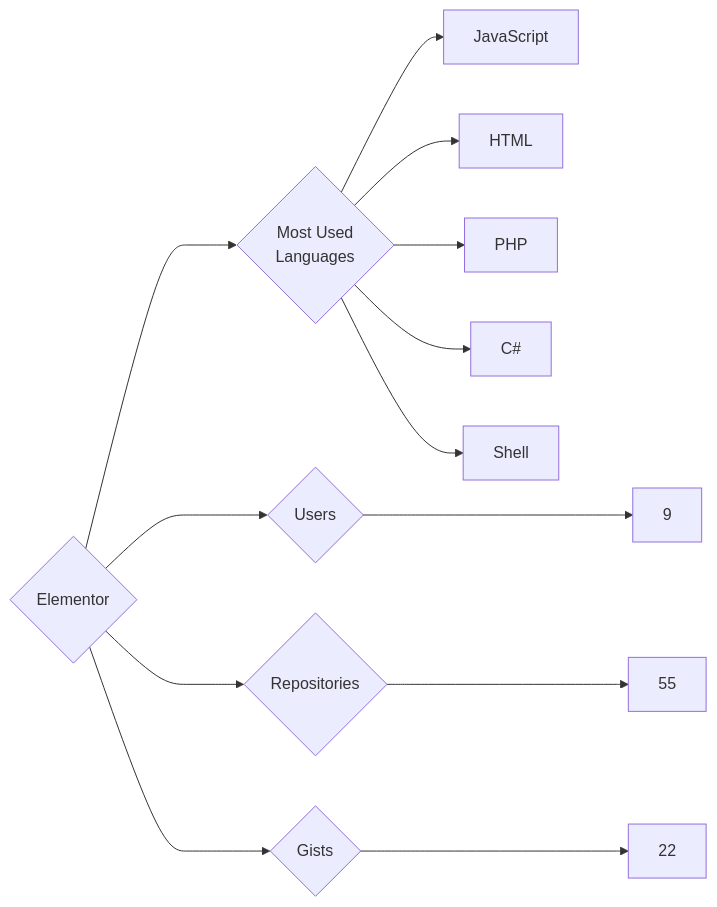
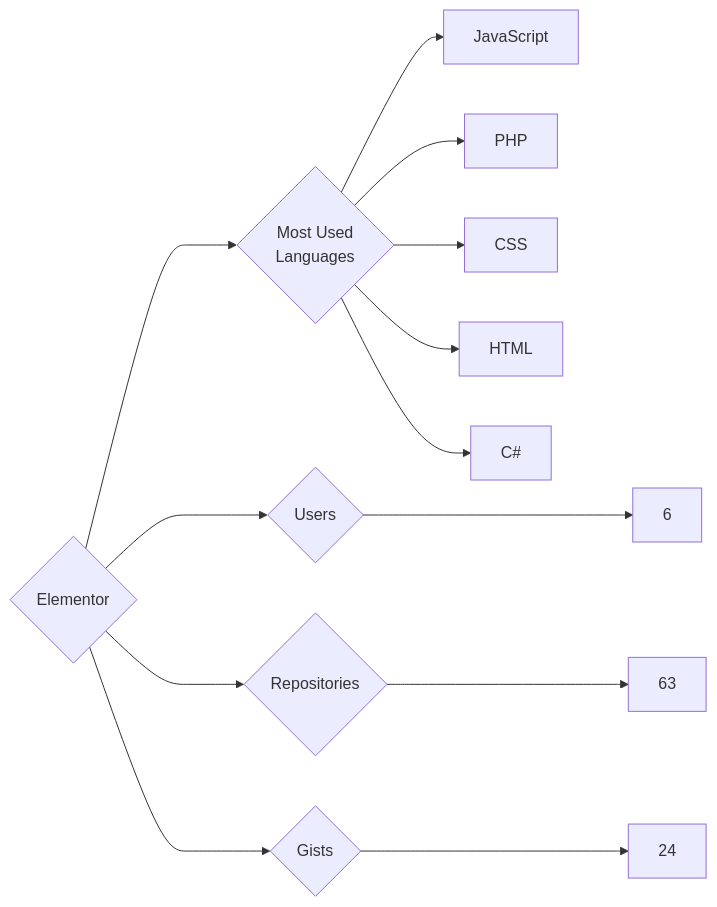
Before and after one commit to trickest/insiders: the diagram in targets/Elementor/README.md, drawn with Mermaid. The commit also changed 1030 other files, not shown here.

````diff
--- a/targets/Elementor/README.md
+++ b/targets/Elementor/README.md
@@ -3,13 +3,13 @@
 ```mermaid
 graph LR
 COMPANY_NAME{Elementor}
-COMPANY_NAME ---> U{Users} ---> UN[9]
-COMPANY_NAME ---> R{Repositories} ---> RN[55]
-COMPANY_NAME ---> G{Gists} ---> GN[22]
+COMPANY_NAME ---> U{Users} ---> UN[6]
+COMPANY_NAME ---> R{Repositories} ---> RN[63]
+COMPANY_NAME ---> G{Gists} ---> GN[24]
 COMPANY_NAME ---> ML{Most Used<br>Languages}
 ML --> JavaScript[JavaScript]
+ML --> PHP[PHP]
+ML --> CSS[CSS]
 ML --> HTML[HTML]
-ML --> PHP[PHP]
 ML --> C#[C#]
-ML --> Shell[Shell]
 ```
````
